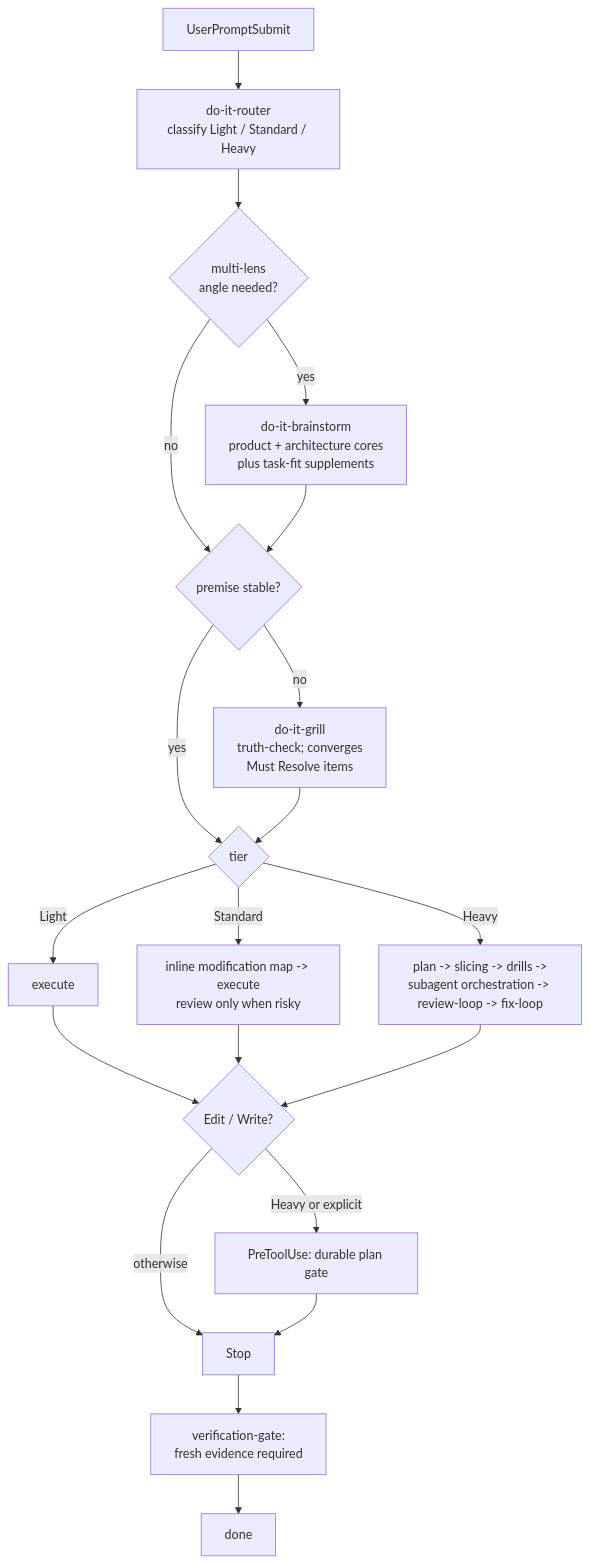
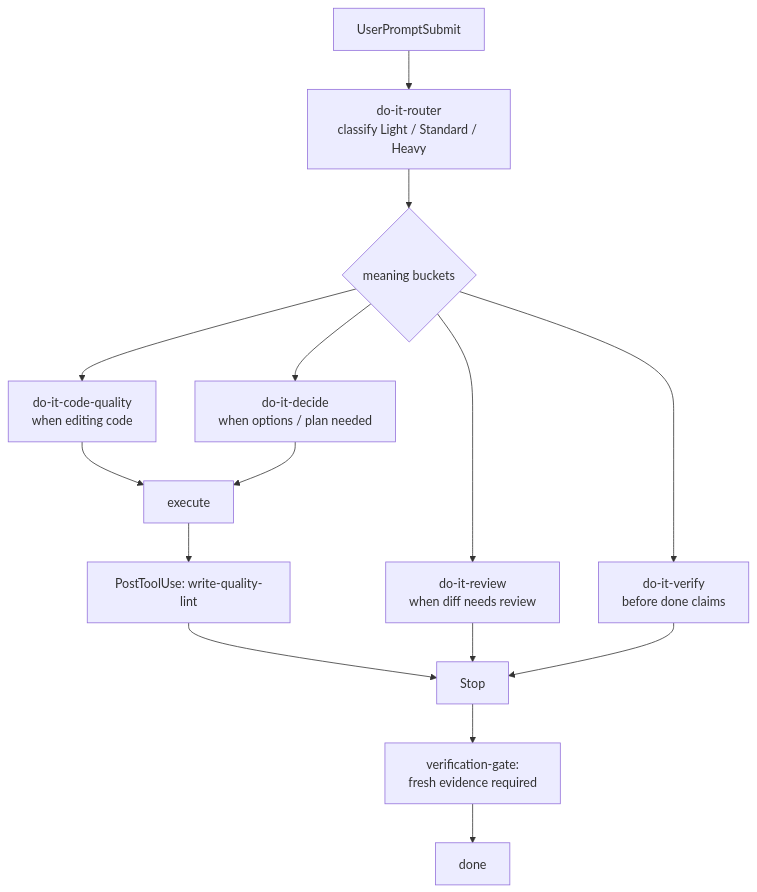
Before and after one commit to tdwhere123/do-it: the diagram in README.md, drawn with Mermaid. The commit also changed other lines of this file and 383 other files, not shown here.

First line of the commit message:
release: 0.14.0 meaning-centric rethink and host install truth

````diff
--- a/README.md
+++ b/README.md
@@ -262,22 +221,17 @@
 ```mermaid
 flowchart TD
     P[UserPromptSubmit] --> R[do-it-router<br/>classify Light / Standard / Heavy]
-    R --> M{multi-lens<br/>angle needed?}
-    M -- yes --> BR[do-it-brainstorm<br/>product + architecture cores<br/>plus task-fit supplements]
-    M -- no --> G
-    BR --> G{premise stable?}
-    G -- no --> GR[do-it-grill<br/>truth-check; converges<br/>Must Resolve items]
-    G -- yes --> T{tier}
-    GR --> T
-    T -- Light --> L[execute]
-    T -- Standard --> S[inline modification map -> execute<br/>review only when risky]
-    T -- Heavy --> H[plan -> slicing -> drills -><br/>subagent orchestration -> review-loop -> fix-loop]
-    L --> PG{Edit / Write?}
-    S --> PG
-    H --> PG
-    PG -- Heavy or explicit --> PGY[PreToolUse: durable plan gate]
-    PG -- otherwise --> V[Stop]
-    PGY --> V
+    R --> B{meaning buckets}
+    B --> CQ[do-it-code-quality<br/>when editing code]
+    B --> D[do-it-decide<br/>when options / plan needed]
+    B --> RV[do-it-review<br/>when diff needs review]
+    B --> VY[do-it-verify<br/>before done claims]
+    CQ --> E[execute]
+    D --> E
+    E --> WQ[PostToolUse: write-quality-lint]
+    WQ --> V[Stop]
+    RV --> V
+    VY --> V
     V --> VG[verification-gate:<br/>fresh evidence required]
-    VG --> D[done]
+    VG --> Done[done]
 ```
````
